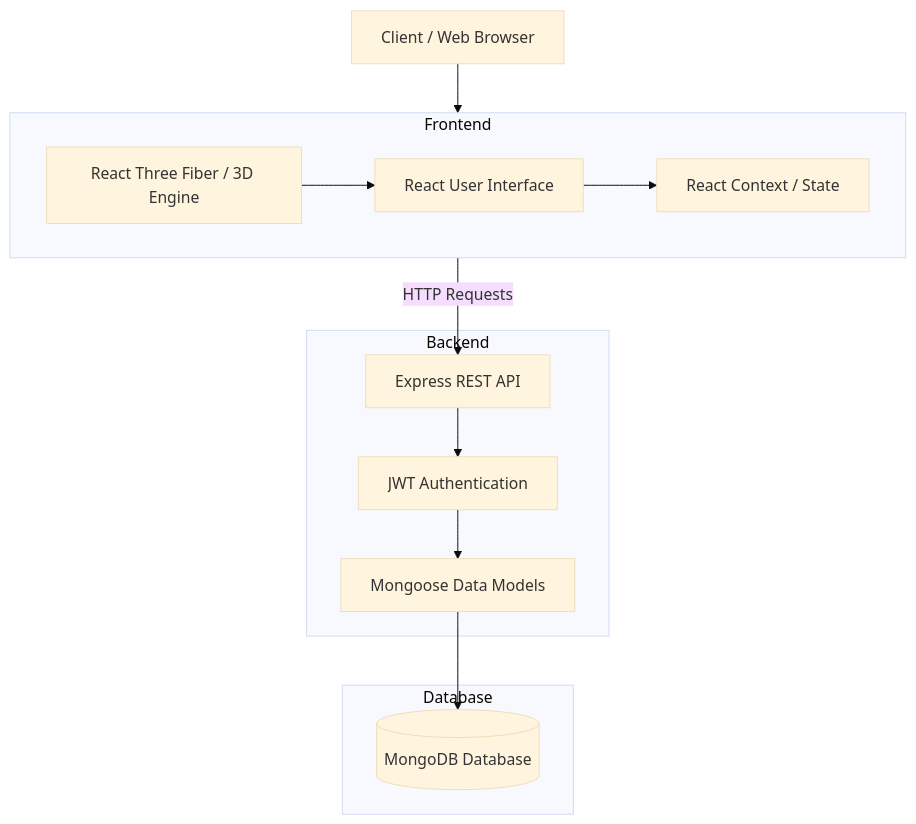
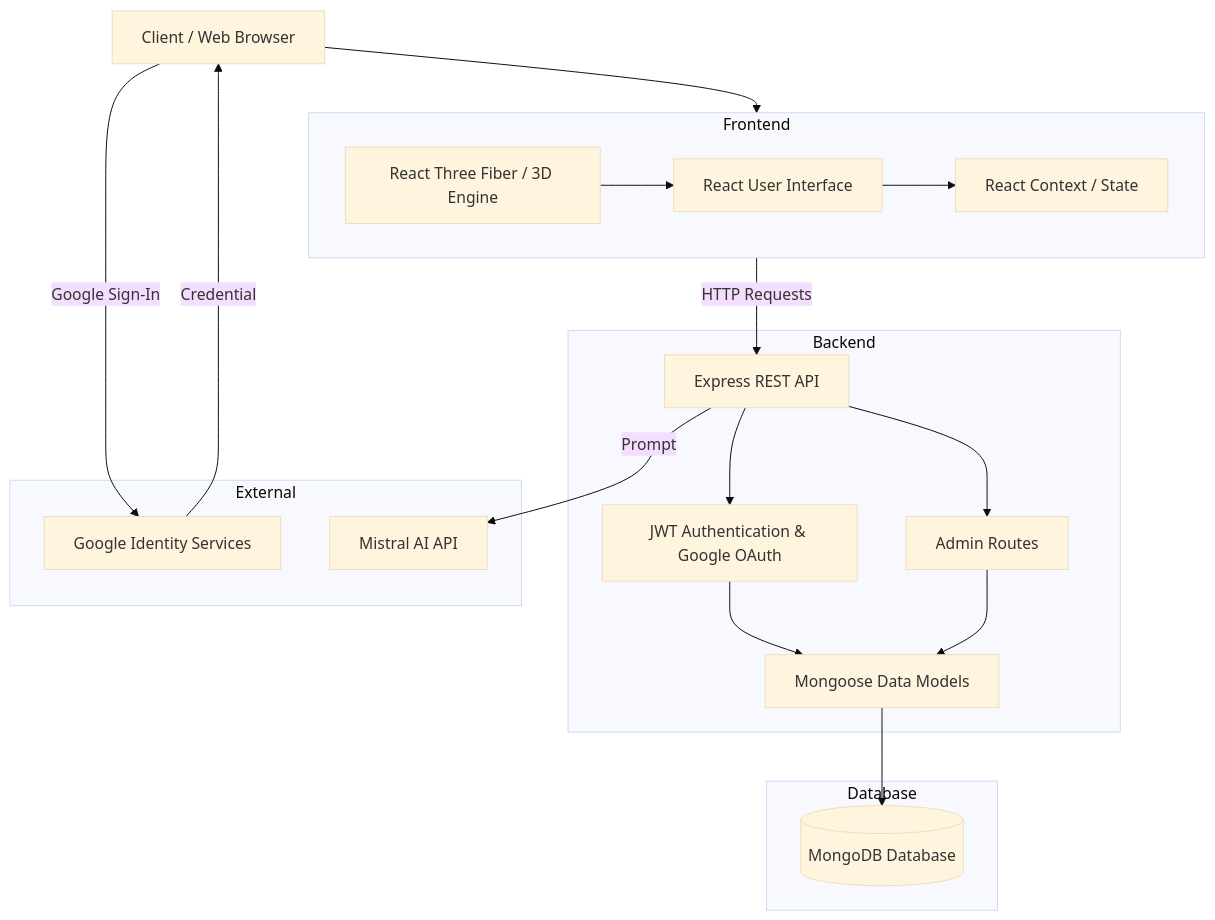
One commit to arpan-pramanik/Speakease-FullStack-Project changed the first of 3 diagrams in report.md. Above: the diagram before and after it, drawn with Mermaid (base theme). The commit also changed other lines of this file and 2 other files, not shown here.

Commit message:
Update documentation to include Google OAuth, Admin features, and Mistral AI

````diff
--- a/report.md
+++ b/report.md
@@ -31,27 +33,38 @@
 ```mermaid
 graph TD
     Client[Client / Web Browser]
     subgraph Frontend
         UI[React User Interface]
         ThreeJS[React Three Fiber / 3D Engine]
         State[React Context / State]
     end
 
     subgraph Backend
         API[Express REST API]
-        Auth[JWT Authentication]
+        Auth[JWT Authentication & Google OAuth]
+        Admin[Admin Routes]
         Models[Mongoose Data Models]
     end
 
     subgraph Database
         MongoDB[(MongoDB Database)]
     end
 
+    subgraph External
+        OAuth[Google Identity Services]
+        Mistral[Mistral AI API]
+    end
+
+    Client -->|Google Sign-In| OAuth
+    OAuth -->|Credential| Client
     Client --> Frontend
     Frontend -->|HTTP Requests| API
     UI --> State
     ThreeJS --> UI
     API --> Auth
+    API --> Admin
+    API -->|Prompt| Mistral
     Auth --> Models
+    Admin --> Models
     Models --> MongoDB
 ```
````
